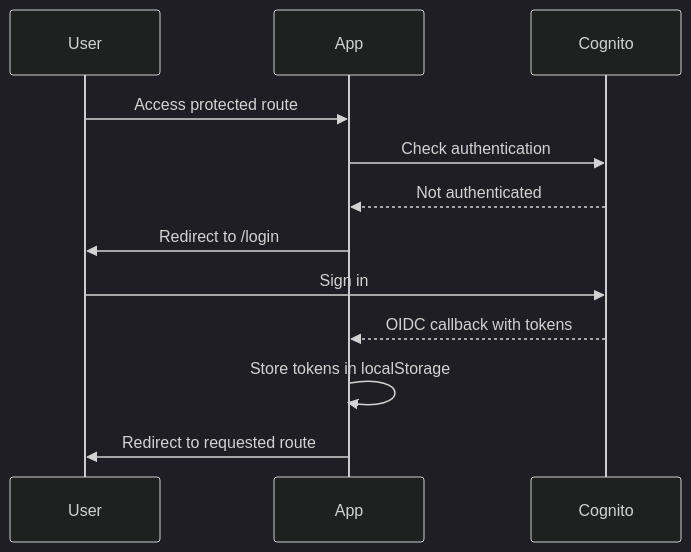
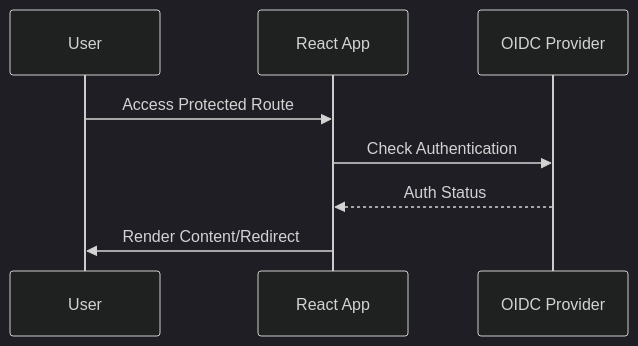
One commit to getOffIt/spellingWebsite changed the fourth of 5 diagrams in .sop/summary/architecture.md. Above: the diagram before and after it, drawn with Mermaid (dark theme). The commit also changed other lines of this file and 17 other files, not shown here.

````diff
--- a/.sop/summary/architecture.md
+++ b/.sop/summary/architecture.md
@@ -65,11 +86,7 @@
 ```mermaid
 sequenceDiagram
-    User->>App: Access protected route
-    App->>Cognito: Check authentication
-    Cognito-->>App: Not authenticated
-    App->>User: Redirect to /login
-    User->>Cognito: Sign in
-    Cognito-->>App: OIDC callback with tokens
-    App->>App: Store tokens in localStorage
-    App->>User: Redirect to requested route
+    User->>React App: Access Protected Route
+    React App->>OIDC Provider: Check Authentication
+    OIDC Provider-->>React App: Auth Status
+    React App->>User: Render Content/Redirect
 ```
````
